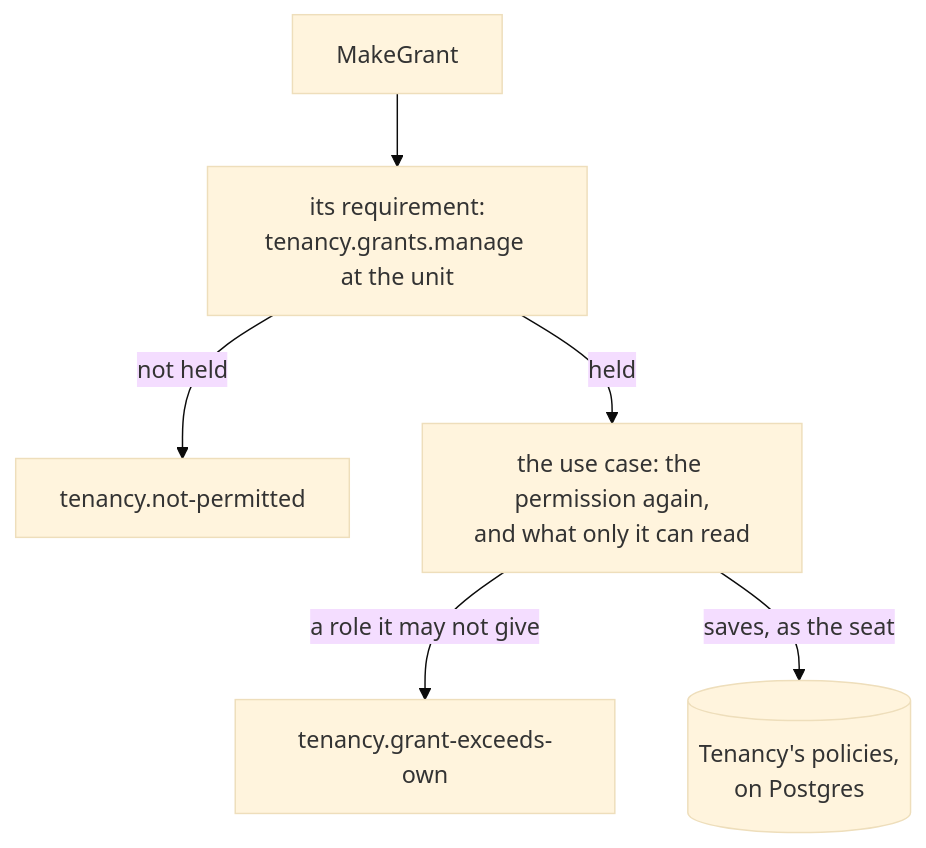
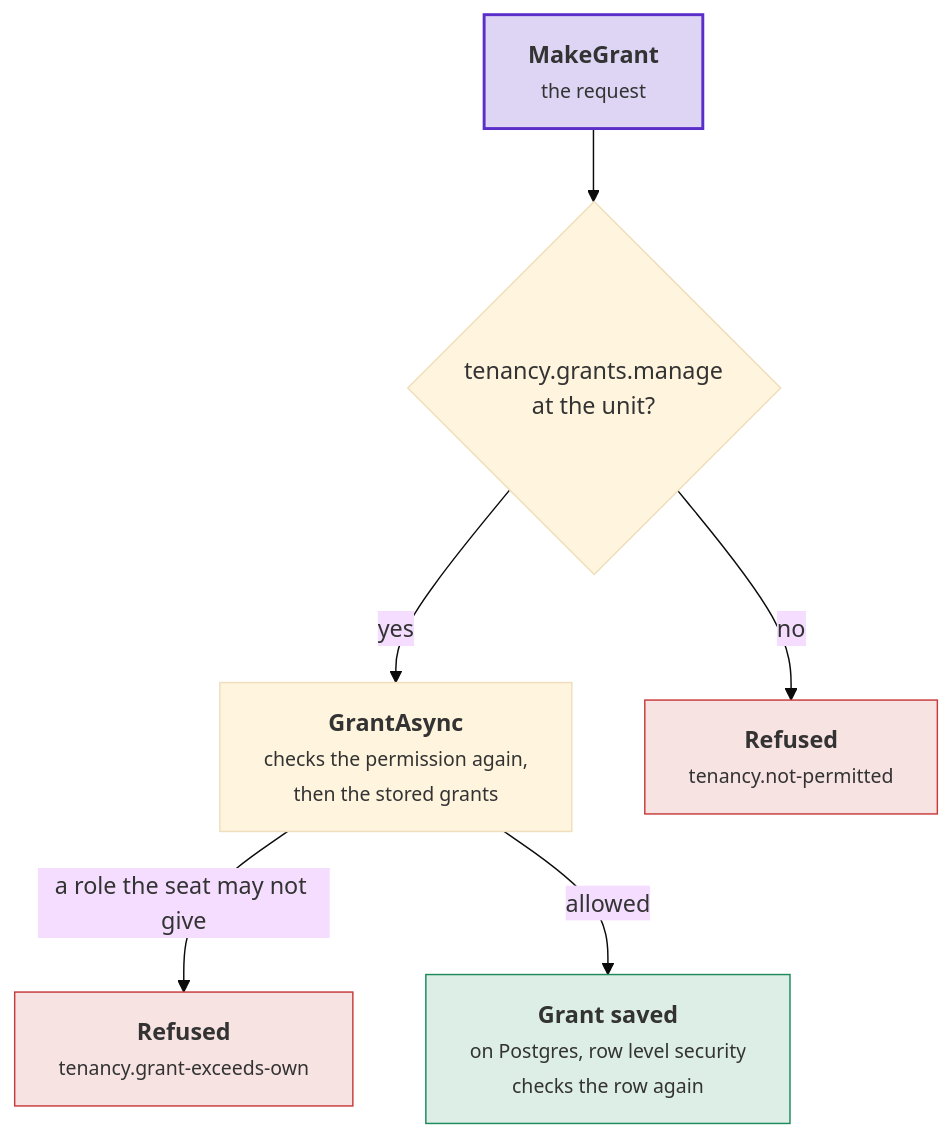
The second of 2 diagrams in docs/tenancy/who-may-do-what.md (DylanSnel/DDDToolkit), drawn with Mermaid (base theme) before and after one commit. The commit also changed other lines of this file and 24 other files, not shown here.

First line of the commit message:
Docs: plain prose and readable diagrams for Tenancy and Membership

````diff
--- a/docs/tenancy/who-may-do-what.md
+++ b/docs/tenancy/who-may-do-what.md
@@ -170,8 +204,20 @@
 ```mermaid
 flowchart TB
-    Request["MakeGrant"] --> Door["its requirement:<br/>tenancy.grants.manage at the unit"]
-    Door -- "not held" --> NotPermitted["tenancy.not-permitted"]
-    Door -- "held" --> UseCase["the use case: the permission again,<br/>and what only it can read"]
-    UseCase -- "a role it may not give" --> Exceeds["tenancy.grant-exceeds-own"]
-    UseCase -- "saves, as the seat" --> Policies[("Tenancy's policies,<br/>on Postgres")]
+    request["<b>MakeGrant</b><br/><small>the request</small>"]
+    door{"tenancy.grants.manage<br/>at the unit?"}
+    useCase["<b>GrantAsync</b><br/><small>checks the permission again,<br/>then the stored grants</small>"]
+    notPermitted["<b>Refused</b><br/><small>tenancy.not-permitted</small>"]
+    exceeds["<b>Refused</b><br/><small>tenancy.grant-exceeds-own</small>"]
+    saved["<b>Grant saved</b><br/><small>on Postgres, row level security<br/>checks the row again</small>"]
+    request --> door
+    door -- "no" --> notPermitted
+    door -- "yes" --> useCase
+    useCase -- "a role the seat may not give" --> exceeds
+    useCase -- "allowed" --> saved
+    classDef strong fill:#5b2ec933,stroke:#5b2ec9,stroke-width:2px
+    classDef good fill:#1f8a5b26,stroke:#1f8a5b
+    classDef bad fill:#c93c3c24,stroke:#c93c3c
+    class request strong
+    class saved good
+    class notPermitted,exceeds bad
 ```
````
